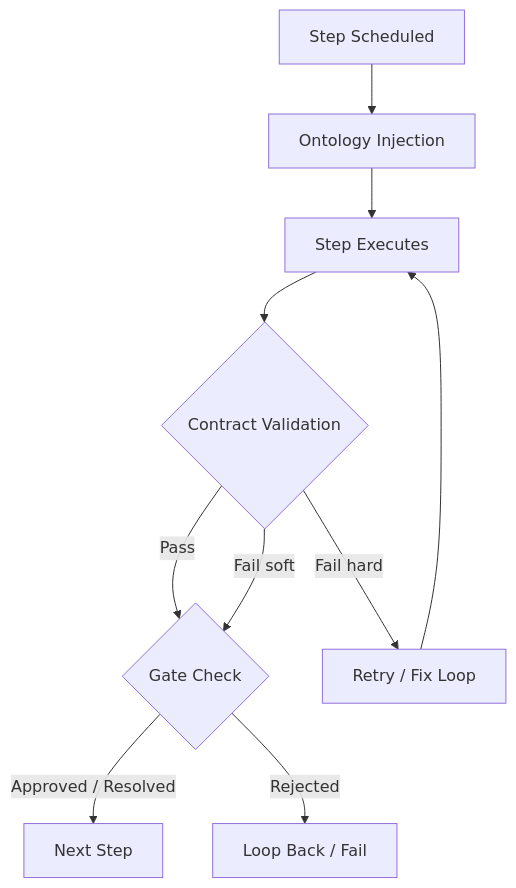
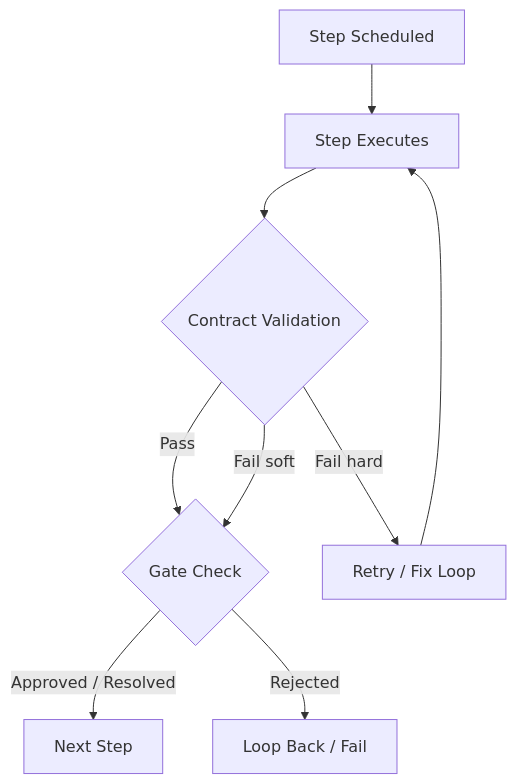
One commit to re-cinq/wave changed the diagram in docs/guide/vv-paradigm.md. Above: the diagram before and after it, drawn with Mermaid. The commit also changed other lines of this file and 156 other files, not shown here.

````diff
--- a/docs/guide/vv-paradigm.md
+++ b/docs/guide/vv-paradigm.md
@@ -114,12 +63,11 @@
 ```mermaid
 graph TD
-    A[Step Scheduled] --> B[Ontology Injection]
-    B --> C[Step Executes]
+    A[Step Scheduled] --> C[Step Executes]
     C --> D{Contract Validation}
     D -->|Pass| E{Gate Check}
     D -->|Fail hard| F[Retry / Fix Loop]
     D -->|Fail soft| E
     F --> C
     E -->|Approved / Resolved| G[Next Step]
     E -->|Rejected| H[Loop Back / Fail]
 ```
````
